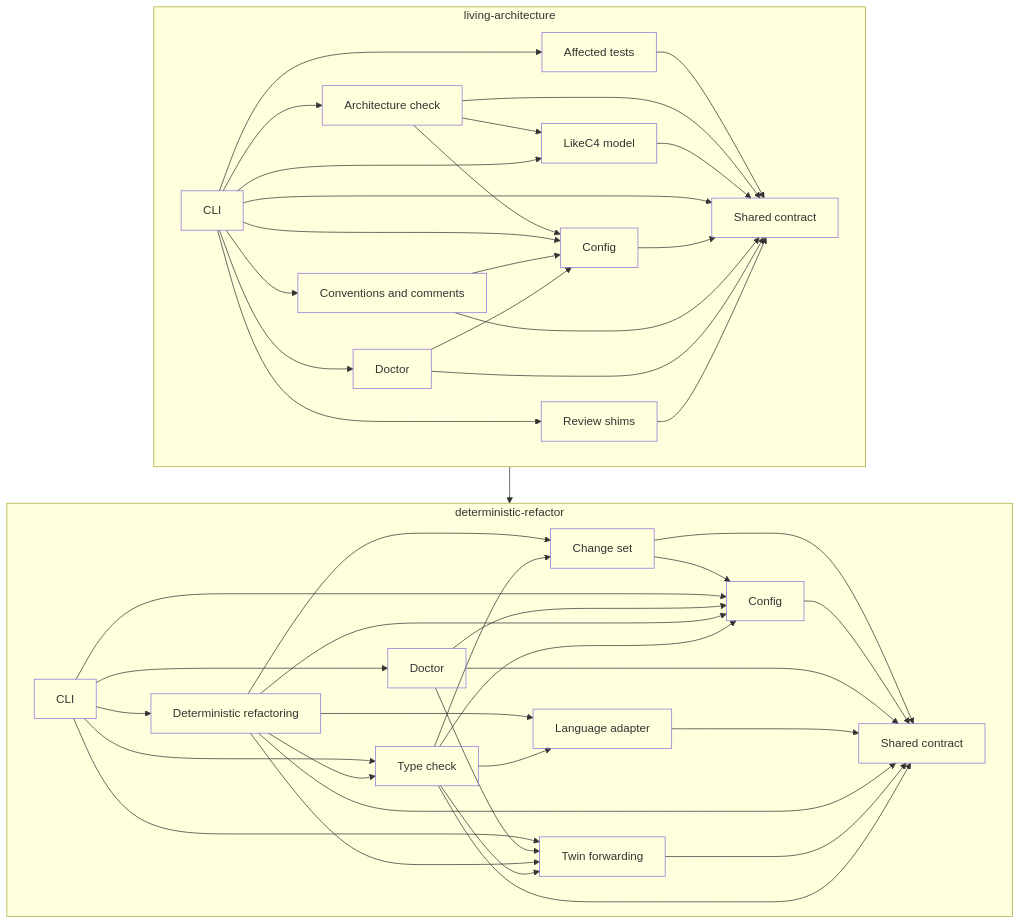
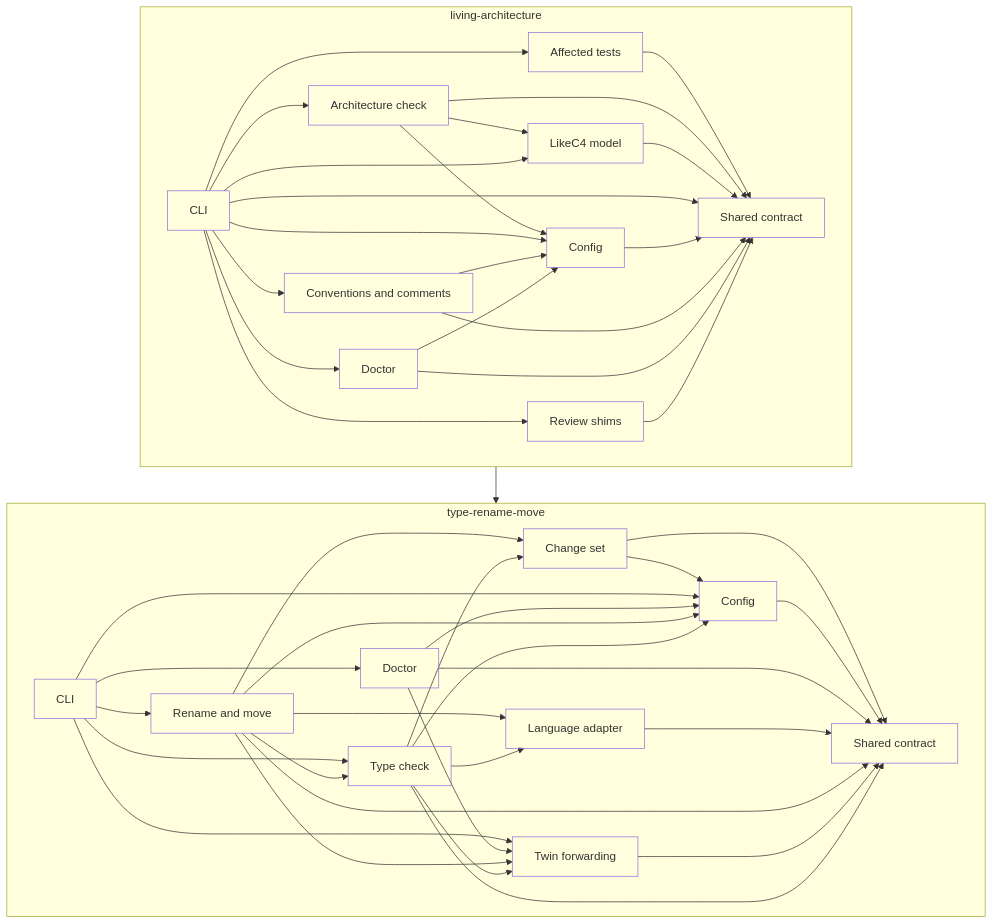
The first of 2 diagrams in architecture/system.arc42.md (MotleyAI/living-architecture), drawn with Mermaid before and after one commit. The commit also changed other lines of this file and 263 other files, not shown here.

First line of the commit message:
Rename dr to trmv: packages, commands, plugin, config file, contract and docs

````diff
--- a/architecture/system.arc42.md
+++ b/architecture/system.arc42.md
@@ -15,72 +15,72 @@
 ```mermaid
 flowchart TD
   %% system: Living-architecture commands
-  subgraph dr["deterministic-refactor"]
-    dr__contract["Shared contract"]
-    dr__config["Config"]
-    dr__lang["Language adapter"]
-    dr__twin["Twin forwarding"]
-    dr__changes["Change set"]
-    dr__typecheck["Type check"]
-    dr__refactor["Deterministic refactoring"]
-    dr__doctor["Doctor"]
-    dr__cli["CLI"]
+  subgraph trmv["type-rename-move"]
+    trmv__contract["Shared contract"]
+    trmv__config["Config"]
+    trmv__lang["Language adapter"]
+    trmv__twin["Twin forwarding"]
+    trmv__changes["Change set"]
+    trmv__typecheck["Type check"]
+    trmv__refactor["Rename and move"]
+    trmv__doctor["Doctor"]
+    trmv__cli["CLI"]
   end
   subgraph la["living-architecture"]
     la__contract["Shared contract"]
     la__config["Config"]
     la__cli["CLI"]
     la__c4["LikeC4 model"]
     la__archcheck["Architecture check"]
     la__conventions["Conventions and comments"]
     la__review["Review shims"]
     la__doctor["Doctor"]
     la__affected["Affected tests"]
   end
-  la --> dr
-  dr__changes --> dr__config
-  dr__changes --> dr__contract
-  dr__cli --> dr__config
-  dr__cli --> dr__doctor
-  dr__cli --> dr__refactor
-  dr__cli --> dr__twin
-  dr__cli --> dr__typecheck
-  dr__config --> dr__contract
-  dr__doctor --> dr__config
-  dr__doctor --> dr__contract
-  dr__doctor --> dr__twin
-  dr__lang --> dr__contract
-  dr__refactor --> dr__changes
-  dr__refactor --> dr__config
-  dr__refactor --> dr__contract
-  dr__refactor --> dr__lang
-  dr__refactor --> dr__twin
-  dr__refactor --> dr__typecheck
-  dr__twin --> dr__contract
-  dr__typecheck --> dr__changes
-  dr__typecheck --> dr__config
-  dr__typecheck --> dr__contract
-  dr__typecheck --> dr__lang
-  dr__typecheck --> dr__twin
+  la --> trmv
+  trmv__changes --> trmv__config
+  trmv__changes --> trmv__contract
+  trmv__cli --> trmv__config
+  trmv__cli --> trmv__doctor
+  trmv__cli --> trmv__refactor
+  trmv__cli --> trmv__twin
+  trmv__cli --> trmv__typecheck
+  trmv__config --> trmv__contract
+  trmv__doctor --> trmv__config
+  trmv__doctor --> trmv__contract
+  trmv__doctor --> trmv__twin
+  trmv__lang --> trmv__contract
+  trmv__refactor --> trmv__changes
+  trmv__refactor --> trmv__config
+  trmv__refactor --> trmv__contract
+  trmv__refactor --> trmv__lang
+  trmv__refactor --> trmv__twin
+  trmv__refactor --> trmv__typecheck
+  trmv__twin --> trmv__contract
+  trmv__typecheck --> trmv__changes
+  trmv__typecheck --> trmv__config
+  trmv__typecheck --> trmv__contract
+  trmv__typecheck --> trmv__lang
+  trmv__typecheck --> trmv__twin
   la__affected --> la__contract
   la__archcheck --> la__c4
   la__archcheck --> la__config
   la__archcheck --> la__contract
   la__c4 --> la__contract
   la__cli --> la__affected
   la__cli --> la__archcheck
   la__cli --> la__c4
   la__cli --> la__config
   la__cli --> la__contract
   la__cli --> la__conventions
   la__cli --> la__doctor
   la__cli --> la__review
   la__config --> la__contract
   la__conventions --> la__config
   la__conventions --> la__contract
   la__doctor --> la__config
   la__doctor --> la__contract
   la__review --> la__contract
   classDef leaf fill:none;
-  class dr__contract,dr__config,dr__lang,dr__twin,dr__changes,dr__typecheck,dr__refactor,dr__doctor,dr__cli,la__contract,la__config,la__cli,la__c4,la__archcheck,la__conventions,la__review,la__doctor,la__affected leaf;
+  class trmv__contract,trmv__config,trmv__lang,trmv__twin,trmv__changes,trmv__typecheck,trmv__refactor,trmv__doctor,trmv__cli,la__contract,la__config,la__cli,la__c4,la__archcheck,la__conventions,la__review,la__doctor,la__affected leaf;
 ```
````
